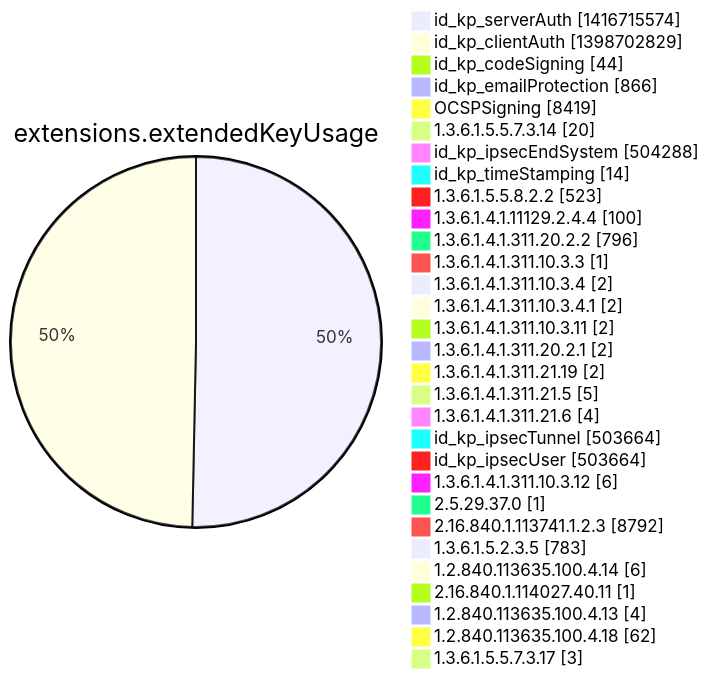
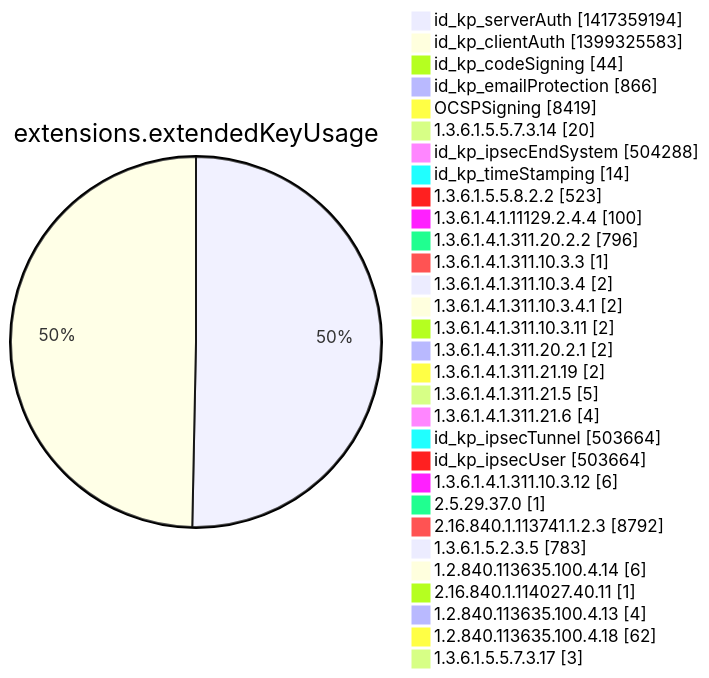
Before and after one commit to christiankrug/ctmonitor_visualization: diagram 12 of 15 in argon2022/README.md, drawn with Mermaid. The commit also changed other lines of this file, not shown here.

````diff
--- a/argon2022/README.md
+++ b/argon2022/README.md
@@ -3555,34 +3555,34 @@
 ```mermaid
 pie showData
 title extensions.extendedKeyUsage
-"id_kp_serverAuth" :1416715574
-"id_kp_clientAuth" :1398702829
+"id_kp_serverAuth" :1417359194
+"id_kp_clientAuth" :1399325583
 "id_kp_codeSigning" :44
 "id_kp_emailProtection" :866
 "OCSPSigning" :8419
 "1.3.6.1.5.5.7.3.14" :20
 "id_kp_ipsecEndSystem" :504288
 "id_kp_timeStamping" :14
 "1.3.6.1.5.5.8.2.2" :523
 "1.3.6.1.4.1.11129.2.4.4" :100
 "1.3.6.1.4.1.311.20.2.2" :796
 "1.3.6.1.4.1.311.10.3.3" :1
 "1.3.6.1.4.1.311.10.3.4" :2
 "1.3.6.1.4.1.311.10.3.4.1" :2
 "1.3.6.1.4.1.311.10.3.11" :2
 "1.3.6.1.4.1.311.20.2.1" :2
 "1.3.6.1.4.1.311.21.19" :2
 "1.3.6.1.4.1.311.21.5" :5
 "1.3.6.1.4.1.311.21.6" :4
 "id_kp_ipsecTunnel" :503664
 "id_kp_ipsecUser" :503664
 "1.3.6.1.4.1.311.10.3.12" :6
 "2.5.29.37.0" :1
 "2.16.840.1.113741.1.2.3" :8792
 "1.3.6.1.5.2.3.5" :783
 "1.2.840.113635.100.4.14" :6
 "2.16.840.1.114027.40.11" :1
 "1.2.840.113635.100.4.13" :4
 "1.2.840.113635.100.4.18" :62
 "1.3.6.1.5.5.7.3.17" :3
 ```
````
